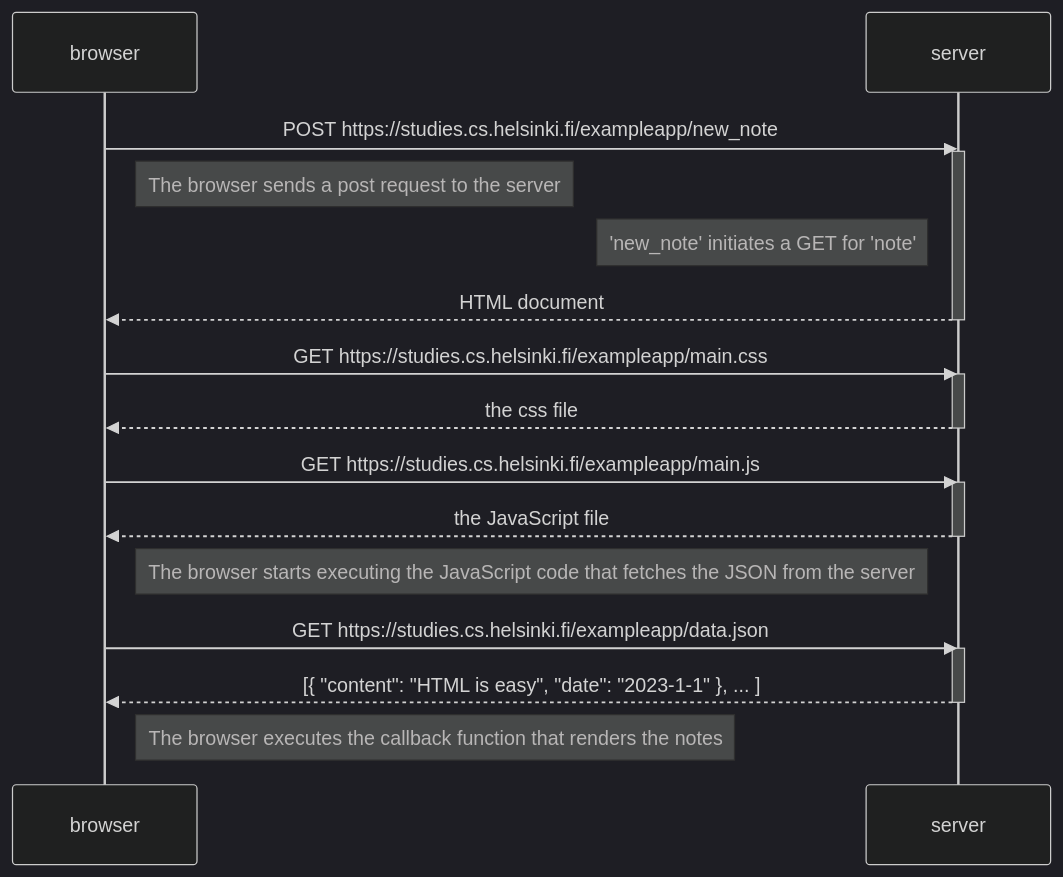
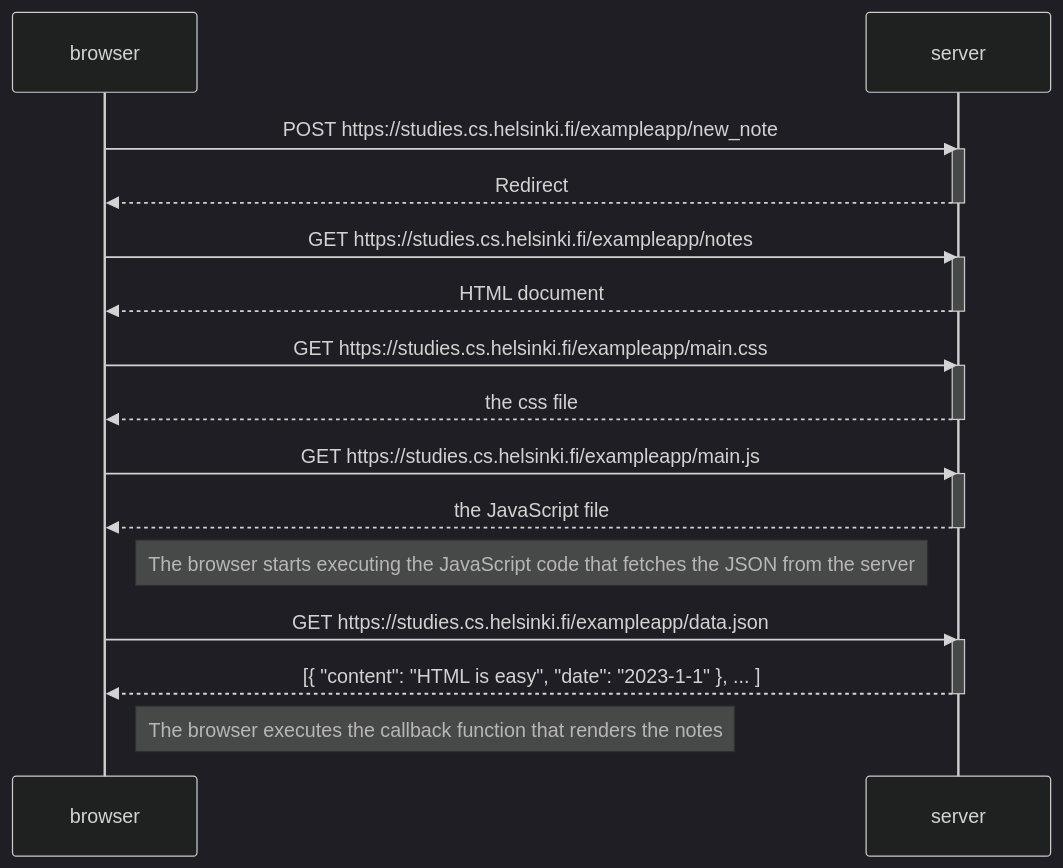
The diagram in osa0/new_note.md (omenakas/FullStackOpen), drawn with Mermaid (dark theme) before and after one commit.

Commit message:
streamlining the sequenceChart

````diff
--- a/osa0/new_note.md
+++ b/osa0/new_note.md
@@ -1,31 +1,31 @@
 ```mermaid
 sequenceDiagram
 	browser->>server: POST https://studies.cs.helsinki.fi/exampleapp/new_note
 	activate server
+	server-->>browser: Redirect
+	deactivate server
 
-	Note right of browser: The browser sends a post request to the server
-
-	Note left of server: 'new_note' initiates a GET for 'note'	
-
+	browser->>server: GET https://studies.cs.helsinki.fi/exampleapp/notes
+	activate server
 	server-->>browser: HTML document
 	deactivate server
 	
 	browser->>server: GET https://studies.cs.helsinki.fi/exampleapp/main.css
 	activate server
 	server-->>browser: the css file
 	deactivate server
     
 	browser->>server: GET https://studies.cs.helsinki.fi/exampleapp/main.js
 	activate server
 	server-->>browser: the JavaScript file
 	deactivate server
     
 	Note right of browser: The browser starts executing the JavaScript code that fetches the JSON from the server
     
 	browser->>server: GET https://studies.cs.helsinki.fi/exampleapp/data.json
 	activate server
 	server-->>browser: [{ "content": "HTML is easy", "date": "2023-1-1" }, ... ]
 	deactivate server    
 
 	Note right of browser: The browser executes the callback function that renders the notes 
 ```
````
